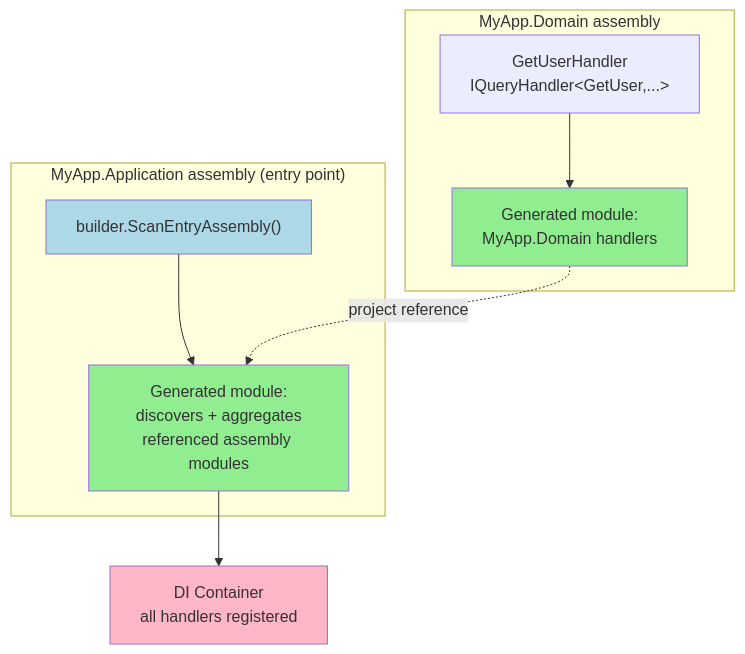
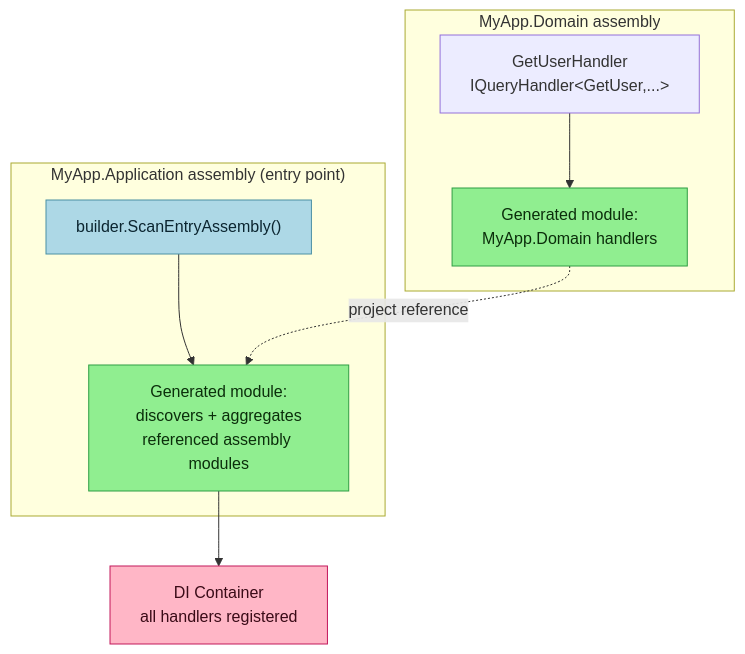
The diagram in documentation/builder-and-registration.md (rheone/interlocutor), drawn with Mermaid before and after one commit. The commit also changed 1 other file, not shown here.

Commit message:
docs: fix dark-mode-unsafe colors in builder-registration diagram (ticket 41)
Replace hardcoded style fill:#hex lines with classDef declarations that
set both fill and color explicitly, so the cross-assembly aggregation
diagram stays legible in GitHub's dark theme.

````diff
--- a/documentation/builder-and-registration.md
+++ b/documentation/builder-and-registration.md
@@ -152,22 +152,25 @@
 ```mermaid
 graph TD
+    classDef scan fill:#ADD8E6,color:#0b2530,stroke:#4a90a4,stroke-width:1px;
+    classDef generated fill:#90EE90,color:#0b2e0b,stroke:#2f9e44,stroke-width:1px;
+    classDef sink fill:#FFB6C6,color:#3a0b17,stroke:#c2185b,stroke-width:1px;
+
     subgraph Domain["MyApp.Domain assembly"]
         Handler["GetUserHandler<br/>IQueryHandler&lt;GetUser,...&gt;"]
         DomainModule["Generated module:<br/>MyApp.Domain handlers"]
         Handler --> DomainModule
     end
 
     subgraph App["MyApp.Application assembly (entry point)"]
         Scan["builder.ScanEntryAssembly()"]
         AppModule["Generated module:<br/>discovers + aggregates<br/>referenced assembly modules"]
         Scan --> AppModule
     end
 
     DomainModule -.->|"project reference"| AppModule
     AppModule --> Container["DI Container<br/>all handlers registered"]
 
-    style Scan fill:#ADD8E6
-    style DomainModule fill:#90EE90
-    style AppModule fill:#90EE90
-    style Container fill:#FFB6C6
+    class Scan scan
+    class DomainModule,AppModule generated
+    class Container sink
 ```
````
